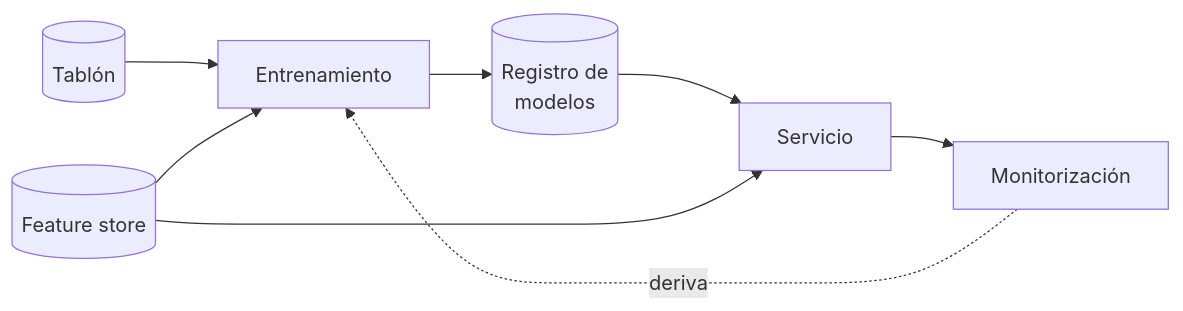
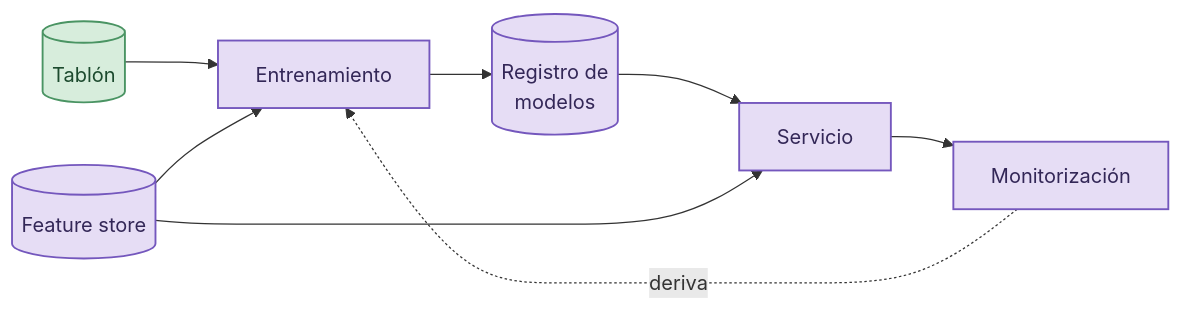
The diagram in content/explotacion/mlops.qmd (IraitzM/ingenieria-datos), drawn with Mermaid before and after one commit. The commit also changed other lines of this file and 28 other files, not shown here.

````diff
--- a/content/explotacion/mlops.qmd
+++ b/content/explotacion/mlops.qmd
@@ -39,10 +39,16 @@
 ```{mermaid}
 flowchart LR
     tab[("Tablón")] --> ent["Entrenamiento"]
     ent --> reg[("Registro de<br/>modelos")]
     reg --> serv["Servicio"]
     fs[("Feature store")] --> ent
     fs --> serv
     serv --> mon["Monitorización"]
     mon -.->|"deriva"| ent
+
+    %% Paleta por bloque del libro
+    classDef transformacion fill:#d7eddc,stroke:#4a9463,stroke-width:1.5px,color:#1c4a2e
+    classDef explotacion fill:#e6ddf5,stroke:#7457bd,stroke-width:1.5px,color:#332757
+    class tab transformacion
+    class ent,reg,serv,mon,fs explotacion
 ```
````
